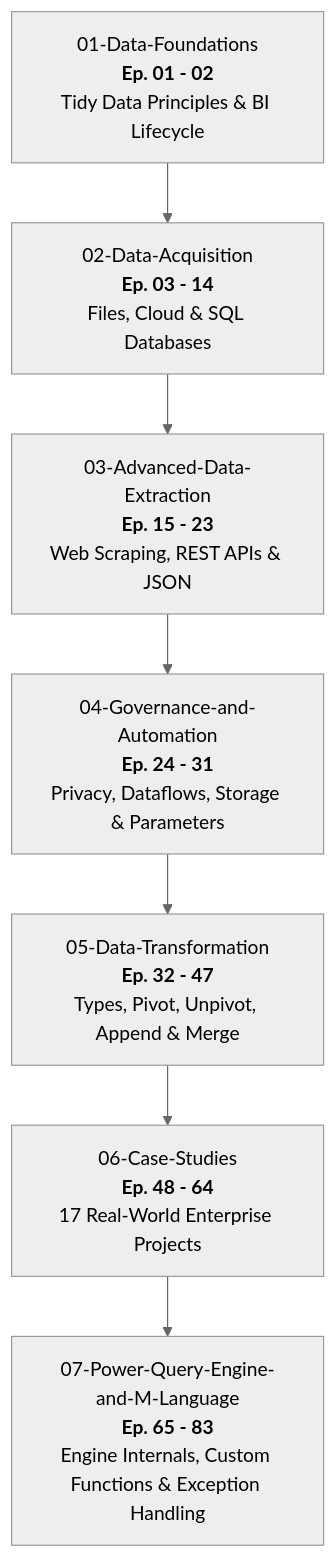
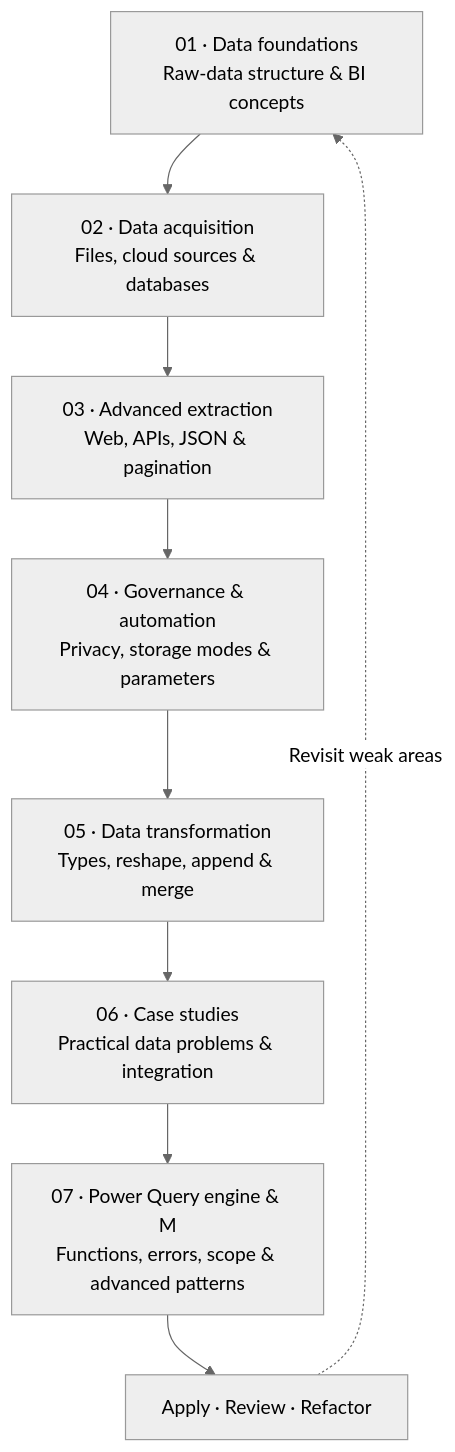
One commit to Sohila-Khaled-Abbas/powerbi-data-analysis-diploma changed the first of 2 diagrams in README.md. Above: the diagram before and after it, drawn with Mermaid (neutral theme). The commit also changed other lines of this file, not shown here.

Commit message:
docs: redesign README as Power BI learning hub

````diff
--- a/README.md
+++ b/README.md
@@ -29,9 +38,12 @@
 ```mermaid
-graph TD
-    M1["01-Data-Foundations<br><b>Ep. 01 - 02</b><br>Tidy Data Principles & BI Lifecycle"] --> M2["02-Data-Acquisition<br><b>Ep. 03 - 14</b><br>Files, Cloud & SQL Databases"]
-    M2 --> M3["03-Advanced-Data-Extraction<br><b>Ep. 15 - 23</b><br>Web Scraping, REST APIs & JSON"]
-    M3 --> M4["04-Governance-and-Automation<br><b>Ep. 24 - 31</b><br>Privacy, Dataflows, Storage & Parameters"]
-    M4 --> M5["05-Data-Transformation<br><b>Ep. 32 - 47</b><br>Types, Pivot, Unpivot, Append & Merge"]
-    M5 --> M6["06-Case-Studies<br><b>Ep. 48 - 64</b><br>17 Real-World Enterprise Projects"]
-    M6 --> M7["07-Power-Query-Engine-and-M-Language<br><b>Ep. 65 - 83</b><br>Engine Internals, Custom Functions & Exception Handling"]
+flowchart TD
+    A["01 · Data foundations<br/>Raw-data structure & BI concepts"] -->
+    B["02 · Data acquisition<br/>Files, cloud sources & databases"] -->
+    C["03 · Advanced extraction<br/>Web, APIs, JSON & pagination"] -->
+    D["04 · Governance & automation<br/>Privacy, storage modes & parameters"] -->
+    E["05 · Data transformation<br/>Types, reshape, append & merge"] -->
+    F["06 · Case studies<br/>Practical data problems & integration"] -->
+    G["07 · Power Query engine & M<br/>Functions, errors, scope & advanced patterns"]
+    G --> H["Apply · Review · Refactor"]
+    H -. "Revisit weak areas" .-> A
 ```
````
